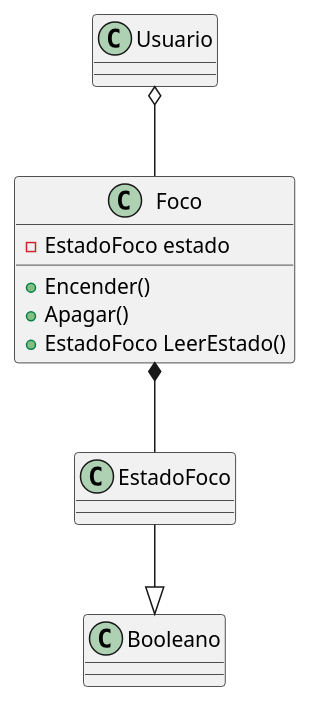
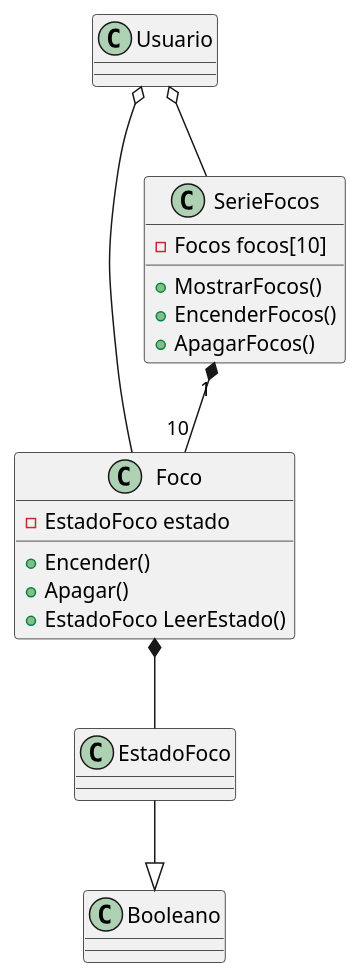
One commit to AlexisInfante73/3E261-SegundoParcial changed the diagram in docs/foco.puml. Above: the diagram before and after it, drawn with PlantUML. The commit also changed 4 other files, not shown here.

```diff
--- a/docs/foco.puml
+++ b/docs/foco.puml
@@ -1,18 +1,26 @@
 @startuml foco
 
 class Usuario
 
 class Foco{
     - EstadoFoco estado
     + Encender()
     + Apagar()
     + EstadoFoco LeerEstado()
 }
 class EstadoFoco
+class SerieFocos{
+    - Focos focos[10]
+    + MostrarFocos()
+    + EncenderFocos()
+    + ApagarFocos()
+}
 
 
 Usuario o-- Foco
 Foco *-- EstadoFoco
 EstadoFoco --|> Booleano
+SerieFocos "1" *-- "10" Foco
+Usuario o-- SerieFocos
 
 @enduml
```
